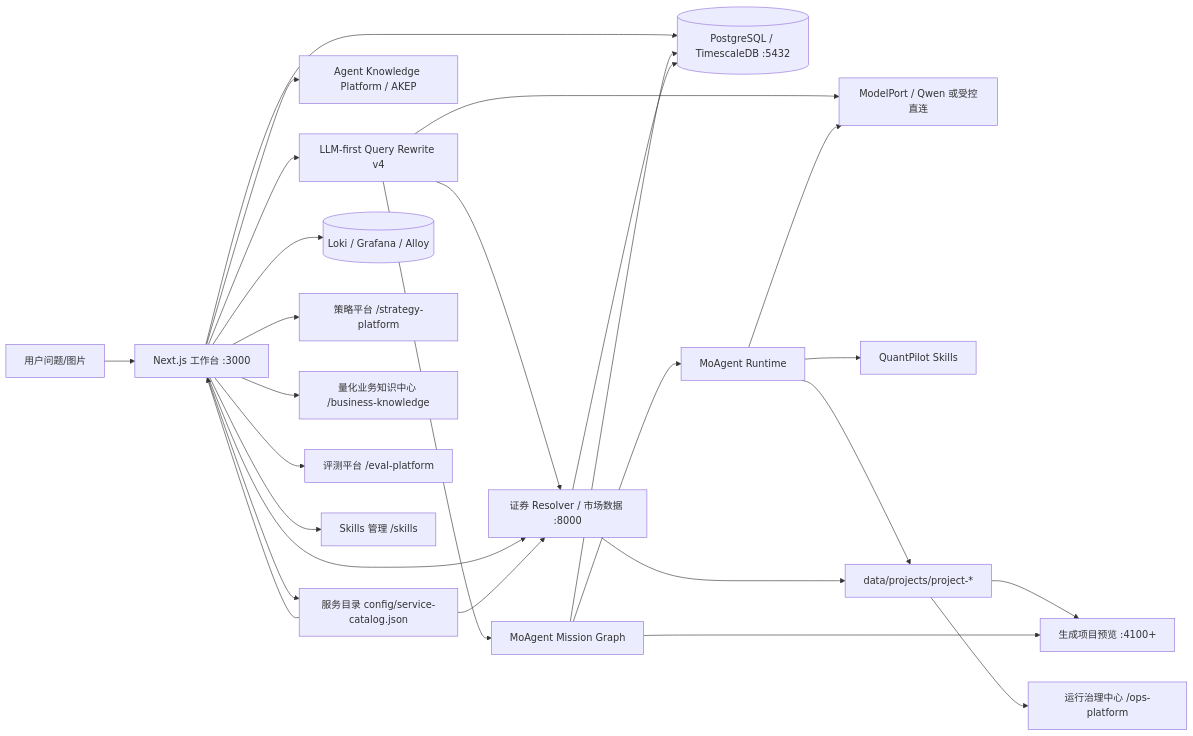
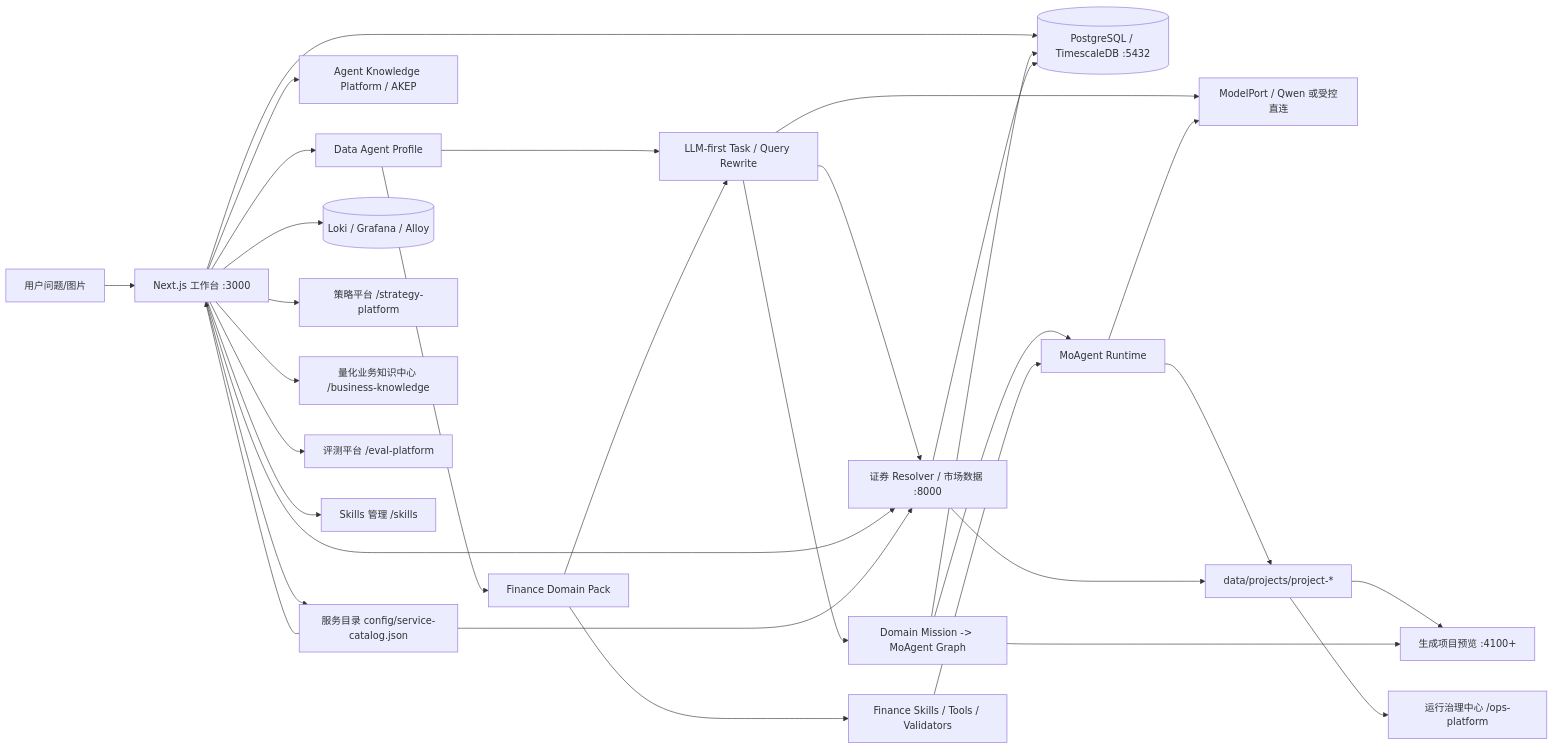
One commit to xbzz1018/SignalForge changed the diagram in docs/architecture.md. Above: the diagram before and after it, drawn with Mermaid. The commit also changed other lines of this file and 25 other files, not shown here.

First line of the commit message:
docs: align guides with modular data agent platform

````diff
--- a/docs/architecture.md
+++ b/docs/architecture.md
@@ -5,29 +5,33 @@
 ```mermaid
 flowchart LR
   U[用户问题/图片] --> W[Next.js 工作台 :3000]
-  W --> Q[LLM-first Query Rewrite v4]
+  W --> D[Data Agent Profile]
+  D --> Q[LLM-first Task / Query Rewrite]
+  D --> F[Finance Domain Pack]
+  F --> Q
   Q --> MP[ModelPort / Qwen 或受控直连]
   Q --> M[证券 Resolver / 市场数据 :8000]
-  Q --> G[MoAgent Mission Graph]
+  Q --> G[Domain Mission -> MoAgent Graph]
   W --> DB[(PostgreSQL / TimescaleDB :5432)]
   G --> R[MoAgent Runtime]
   G --> DB
-  R --> S[QuantPilot Skills]
+  F --> S[Finance Skills / Tools / Validators]
+  S --> R
   W --> K[Agent Knowledge Platform / AKEP]
   R --> MP
   W --> M
   W --> SC[服务目录 config/service-catalog.json]
   SC --> W
   SC --> M
   M --> DB
   W --> L[(Loki / Grafana / Alloy)]
   R --> P[data/projects/project-*]
   M --> P
   P --> V[生成项目预览 :4100+]
   G --> V
   P --> H[运行治理中心 /ops-platform]
   W --> T[策略平台 /strategy-platform]
   W --> C[量化业务知识中心 /business-knowledge]
   W --> E[评测平台 /eval-platform]
   W --> A[Skills 管理 /skills]
 ```
````
